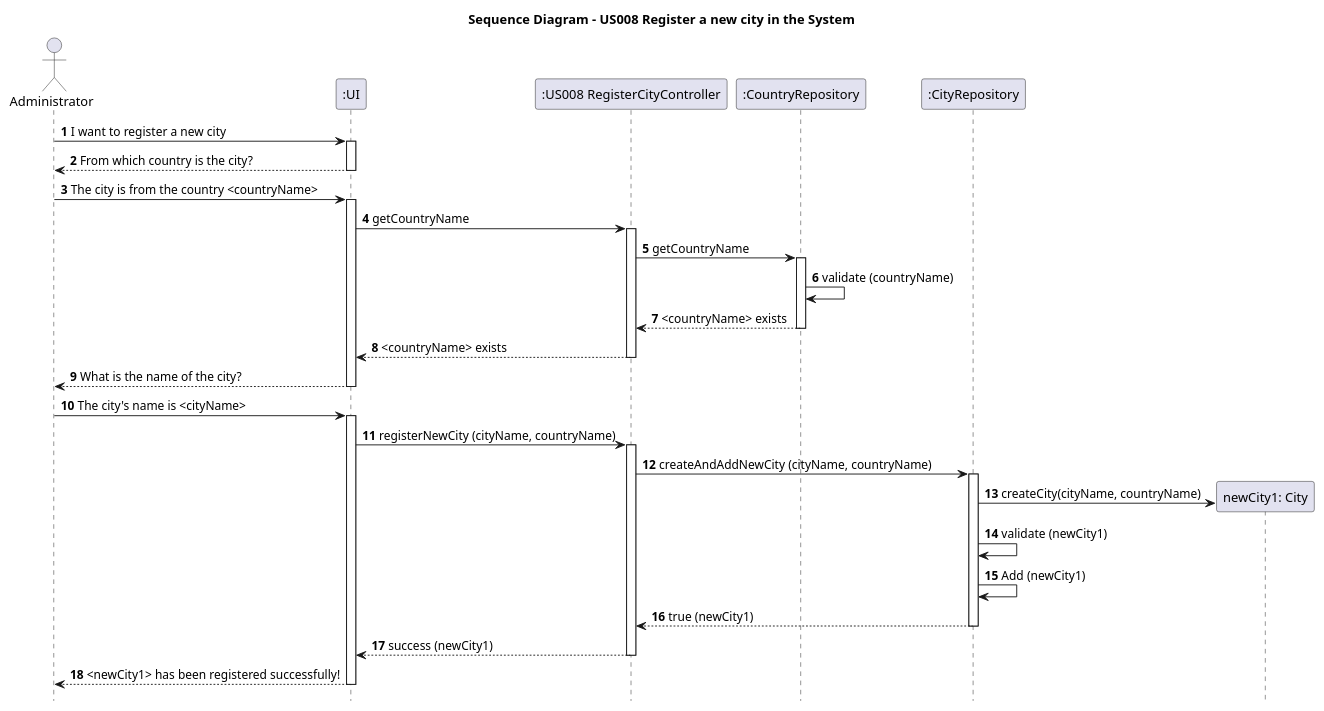
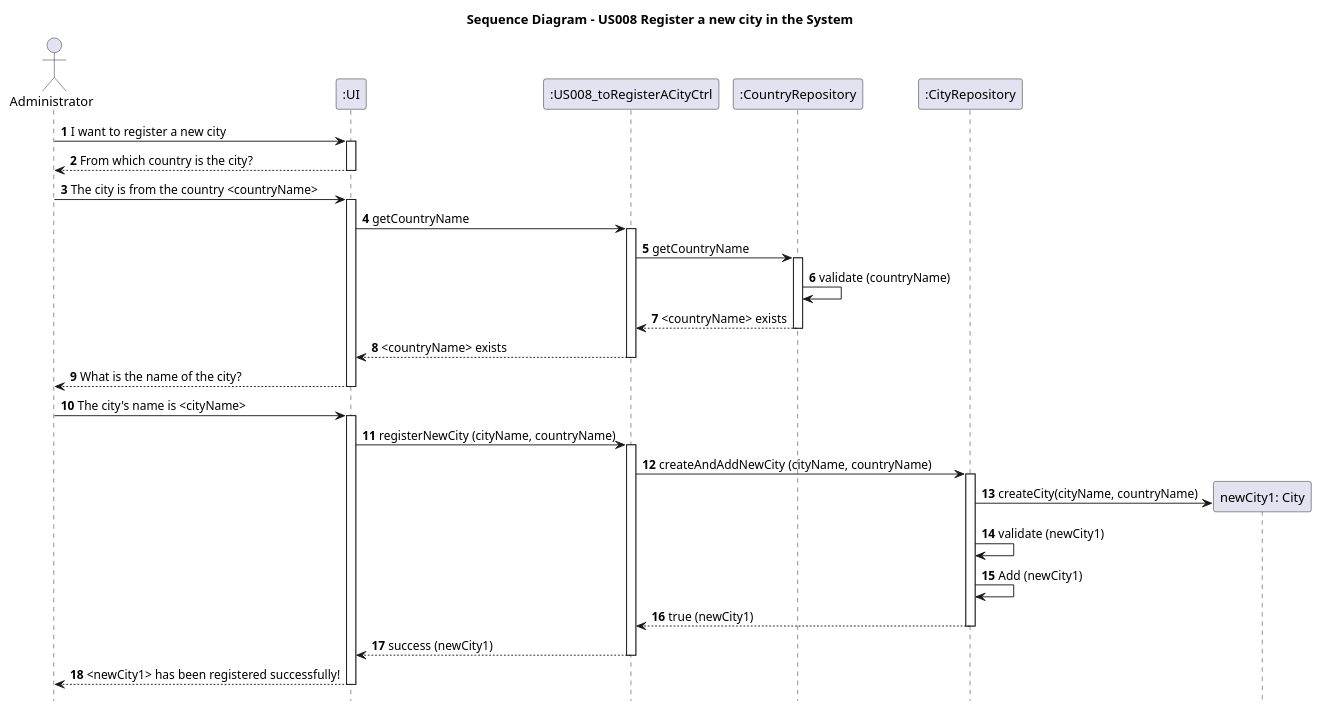
One commit to AndrePereiraGitH/SWitCH-Project-Team_A changed the diagram in Diagrams/SequenceDiagrams/N2/US008-to-register-new-city-in-the-system.puml. Above: the diagram before and after it, drawn with PlantUML. The commit also changed 14 other files, not shown here.

Commit message:
Working on #124, #125, #126, #127, #128. Corrected small mistakes in diagrams, created controller classes for controllers (and their tests) in US008 and US010, updated tests for City, CityRepo and Publication(@inesgiesteira)

```diff
--- a/Diagrams/SequenceDiagrams/N2/US008-to-register-new-city-in-the-system.puml
+++ b/Diagrams/SequenceDiagrams/N2/US008-to-register-new-city-in-the-system.puml
@@ -1,65 +1,65 @@
 @startuml
 
 footbox off
 
 title Sequence Diagram - US008 Register a new city in the System
 
 
 actor Administrator
 participant ":UI" as UI
 
 
-participant ":US008 RegisterCityController" as CityController
+participant ":US008_toRegisterACityCtrl" as CityController
 participant ":CountryRepository" as CountryRepository
 participant ":CityRepository" as AddressRepository
 
 Administrator -> UI : **1** I want to register a new city
 activate UI
 UI --> Administrator : **2** From which country is the city?
 deactivate UI
 Administrator -> UI : **3** The city is from the country <countryName>
 activate UI
 
 
 UI -> CityController : **4** getCountryName
 activate CityController
 CityController -> CountryRepository : **5** getCountryName
 activate CountryRepository
 CountryRepository -> CountryRepository : **6** validate (countryName)
 
 
 CountryRepository --> CityController : **7** <countryName> exists
 deactivate CountryRepository
 
 CityController --> UI : **8** <countryName> exists
 deactivate CityController
 
 UI --> Administrator : **9** What is the name of the city?
 deactivate UI
 
 Administrator -> UI : **10** The city's name is <cityName>
 activate UI
 UI -> CityController : **11** registerNewCity (cityName, countryName)
 
 activate CityController
 
 CityController -> AddressRepository : **12** createAndAddNewCity (cityName, countryName)
 activate AddressRepository
 
 
 create "newCity1: City" as City
 AddressRepository -> City : **13** createCity(cityName, countryName)
 
 
 AddressRepository -> AddressRepository : **14** validate (newCity1)
 AddressRepository -> AddressRepository : **15** Add (newCity1)
 
 AddressRepository --> CityController : **16** true (newCity1)
 deactivate AddressRepository
 
 CityController --> UI : **17** success (newCity1)
 deactivate CityController
 
 UI --> Administrator : **18** <newCity1> has been registered successfully!
 deactivate UI
 @enduml
```
